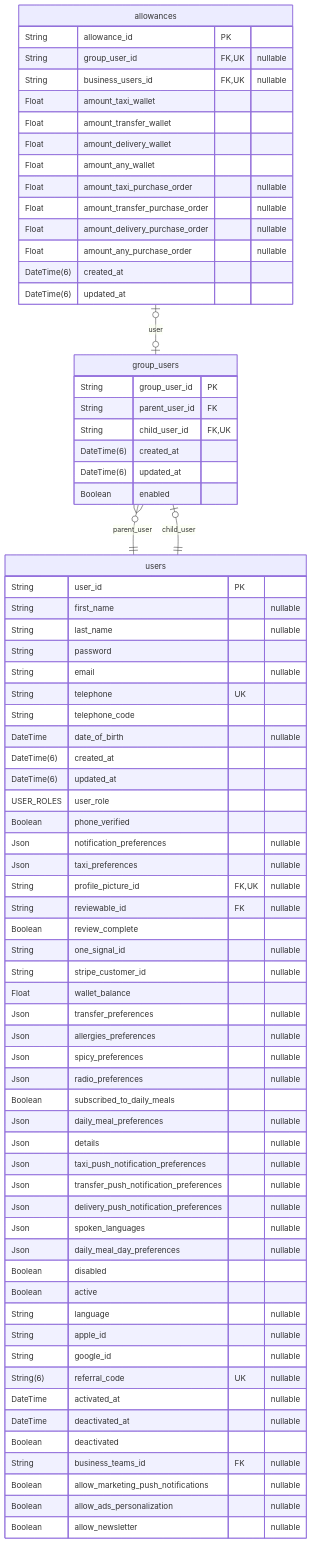
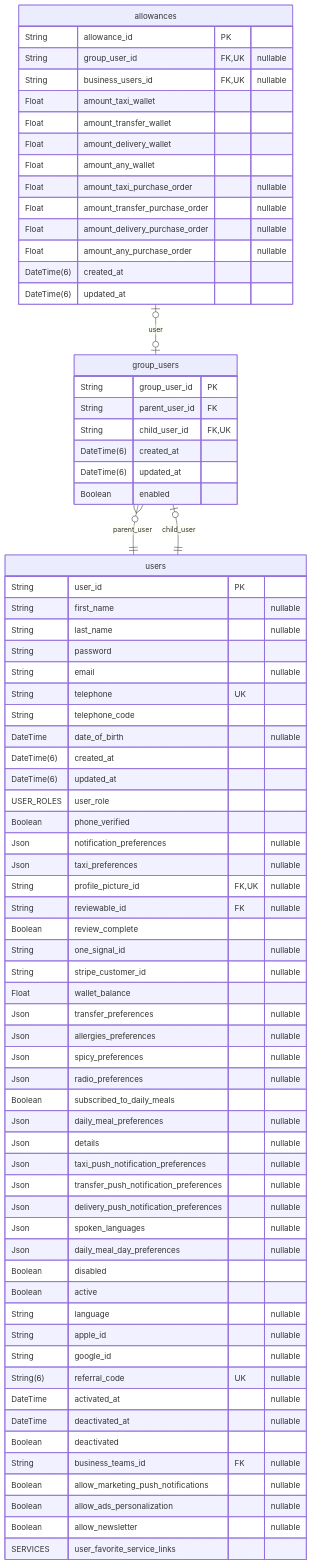
One commit to pbozic/be-analyisis changed the third of 40 diagrams in prisma/schemas/ERD.md. Above: the diagram before and after it, drawn with Mermaid. The commit also changed other lines of this file and 21 other files, not shown here.

````diff
--- a/prisma/schemas/ERD.md
+++ b/prisma/schemas/ERD.md
@@ -215,76 +217,77 @@
 ```mermaid
 erDiagram
 "allowances" {
   String allowance_id PK
   String group_user_id FK,UK "nullable"
   String business_users_id FK,UK "nullable"
   Float amount_taxi_wallet
   Float amount_transfer_wallet
   Float amount_delivery_wallet
   Float amount_any_wallet
   Float amount_taxi_purchase_order "nullable"
   Float amount_transfer_purchase_order "nullable"
   Float amount_delivery_purchase_order "nullable"
   Float amount_any_purchase_order "nullable"
   DateTime(6) created_at
   DateTime(6) updated_at
 }
 "group_users" {
   String group_user_id PK
   String parent_user_id FK
   String child_user_id FK,UK
   DateTime(6) created_at
   DateTime(6) updated_at
   Boolean enabled
 }
 "users" {
   String user_id PK
   String first_name "nullable"
   String last_name "nullable"
   String password
   String email "nullable"
   String telephone UK
   String telephone_code
   DateTime date_of_birth "nullable"
   DateTime(6) created_at
   DateTime(6) updated_at
   USER_ROLES user_role
   Boolean phone_verified
   Json notification_preferences "nullable"
   Json taxi_preferences "nullable"
   String profile_picture_id FK,UK "nullable"
   String reviewable_id FK "nullable"
   Boolean review_complete
   String one_signal_id "nullable"
   String stripe_customer_id "nullable"
   Float wallet_balance
   Json transfer_preferences "nullable"
   Json allergies_preferences "nullable"
   Json spicy_preferences "nullable"
   Json radio_preferences "nullable"
   Boolean subscribed_to_daily_meals
   Json daily_meal_preferences "nullable"
   Json details "nullable"
   Json taxi_push_notification_preferences "nullable"
   Json transfer_push_notification_preferences "nullable"
   Json delivery_push_notification_preferences "nullable"
   Json spoken_languages "nullable"
   Json daily_meal_day_preferences "nullable"
   Boolean disabled
   Boolean active
   String language "nullable"
   String apple_id "nullable"
   String google_id "nullable"
   String(6) referral_code UK "nullable"
   DateTime activated_at "nullable"
   DateTime deactivated_at "nullable"
   Boolean deactivated
   String business_teams_id FK "nullable"
   Boolean allow_marketing_push_notifications "nullable"
   Boolean allow_ads_personalization "nullable"
   Boolean allow_newsletter "nullable"
+  SERVICES user_favorite_service_links
 }
 "allowances" |o--o| "group_users" : user
 "group_users" }o--|| "users" : parent_user
 "group_users" |o--|| "users" : child_user
 ```
````
